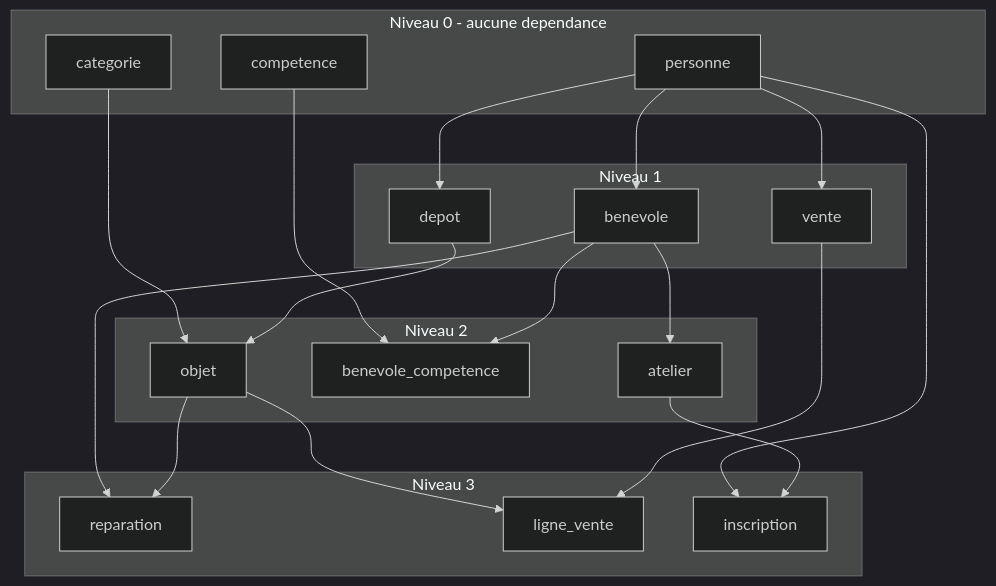
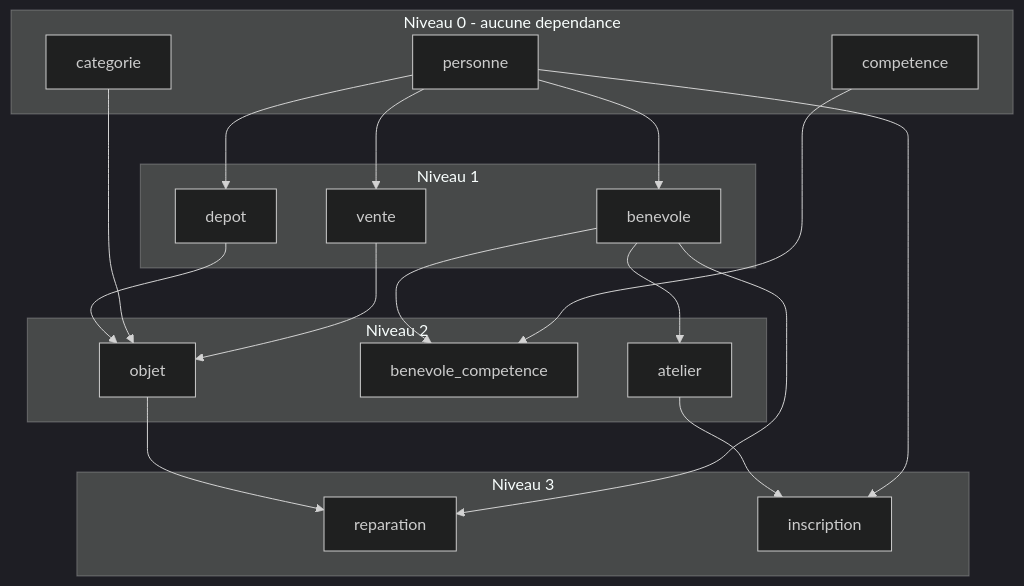
One commit to victormetral/adatabase changed the diagram in conception/schemas-relations/09-arbre-dependances.mmd. Above: the diagram before and after it, drawn with Mermaid (dark theme). The commit also changed 11 other files, not shown here.

Commit message:
Phase 3 : schema relationnel 11 tables

```diff
--- a/conception/schemas-relations/09-arbre-dependances.mmd
+++ b/conception/schemas-relations/09-arbre-dependances.mmd
@@ -1,36 +1,34 @@
 graph TD
     subgraph N0["Niveau 0 - aucune dependance"]
         P[personne]
         C[categorie]
         CO[competence]
     end
     subgraph N1["Niveau 1"]
         B[benevole]
         D[depot]
         V[vente]
     end
     subgraph N2["Niveau 2"]
         O[objet]
         BC[benevole_competence]
         A[atelier]
     end
     subgraph N3["Niveau 3"]
         R[reparation]
-        LV[ligne_vente]
         I[inscription]
     end
 
     P --> B
     P --> D
     P --> V
     D --> O
     C --> O
+    V --> O
     B --> BC
     CO --> BC
     B --> A
     O --> R
     B --> R
-    V --> LV
-    O --> LV
     A --> I
     P --> I
```
